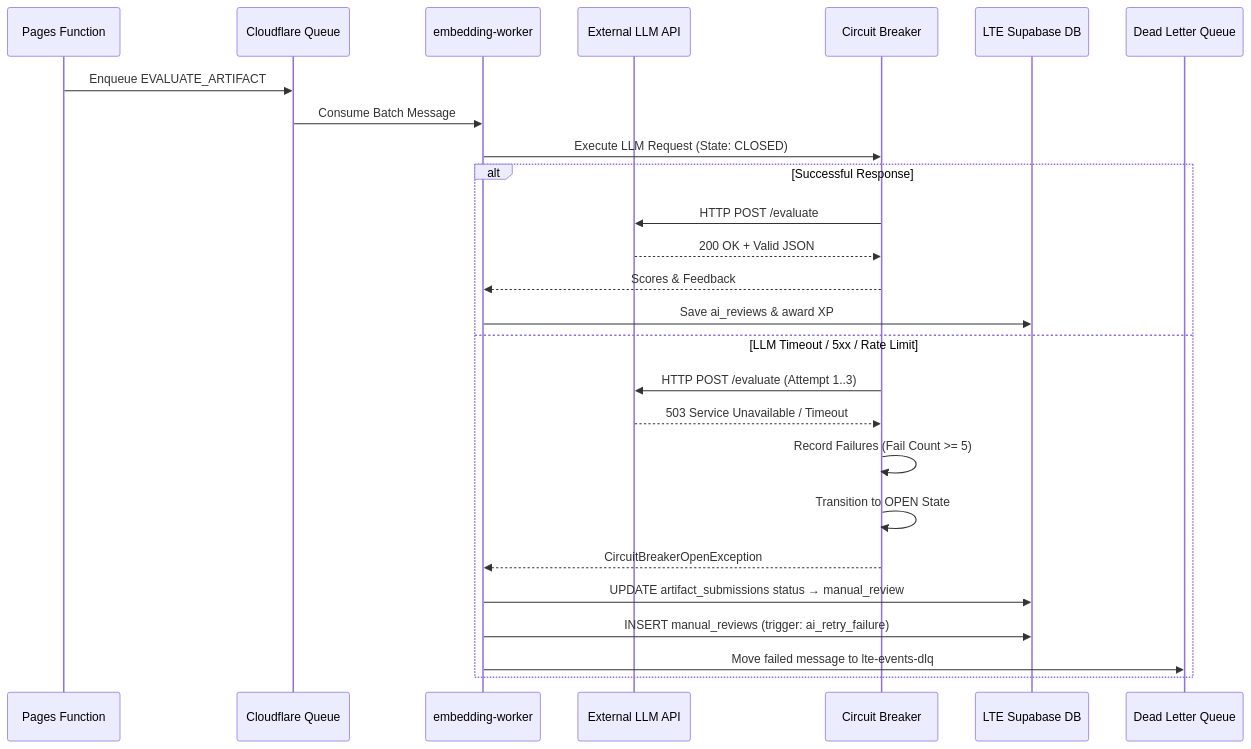
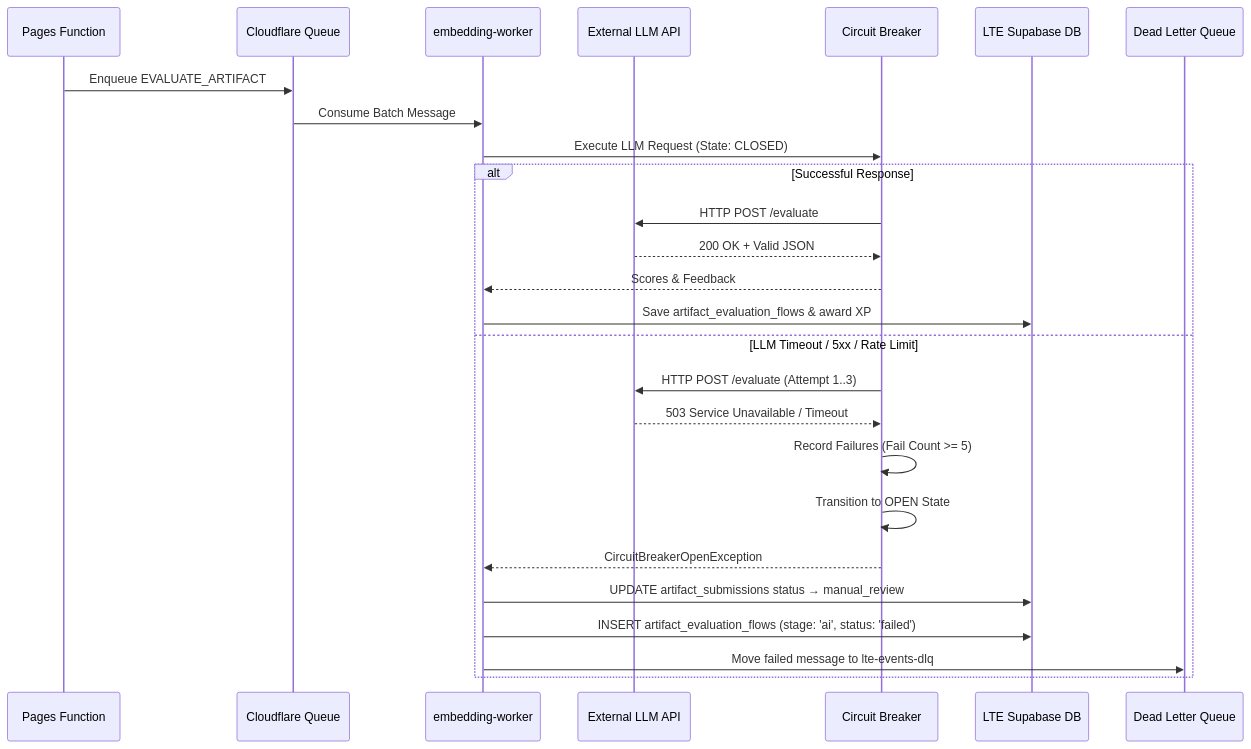
Before and after one commit to Rareminds-eym/lte: the sixth of 7 diagrams in LTE_3_Week_MVP_TRD_v.1.md, drawn with Mermaid. The commit also changed other lines of this file, not shown here.

Commit message:
refactor: update architecture diagram and cleanup database schema documentation for the LTE MVP TRD

````diff
--- a/LTE_3_Week_MVP_TRD_v.1.md
+++ b/LTE_3_Week_MVP_TRD_v.1.md
@@ -2106,29 +1968,29 @@
 ```mermaid
 sequenceDiagram
     participant API as Pages Function
     participant Q as Cloudflare Queue
     participant AI as embedding-worker
     participant LLM as External LLM API
     participant CB as Circuit Breaker
     participant DB as LTE Supabase DB
     participant DLQ as Dead Letter Queue
 
     API->>Q: Enqueue EVALUATE_ARTIFACT
     Q->>AI: Consume Batch Message
     AI->>CB: Execute LLM Request (State: CLOSED)
     alt Successful Response
         CB->>LLM: HTTP POST /evaluate
         LLM-->>CB: 200 OK + Valid JSON
         CB-->>AI: Scores & Feedback
-        AI->>DB: Save ai_reviews & award XP
+        AI->>DB: Save artifact_evaluation_flows & award XP
     else LLM Timeout / 5xx / Rate Limit
         CB->>LLM: HTTP POST /evaluate (Attempt 1..3)
         LLM-->>CB: 503 Service Unavailable / Timeout
         CB->>CB: Record Failures (Fail Count >= 5)
         CB->>CB: Transition to OPEN State
         CB-->>AI: CircuitBreakerOpenException
         AI->>DB: UPDATE artifact_submissions status → manual_review
-        AI->>DB: INSERT manual_reviews (trigger: ai_retry_failure)
+        AI->>DB: INSERT artifact_evaluation_flows (stage: 'ai', status: 'failed')
         AI->>DLQ: Move failed message to lte-events-dlq
     end
 ```
````
